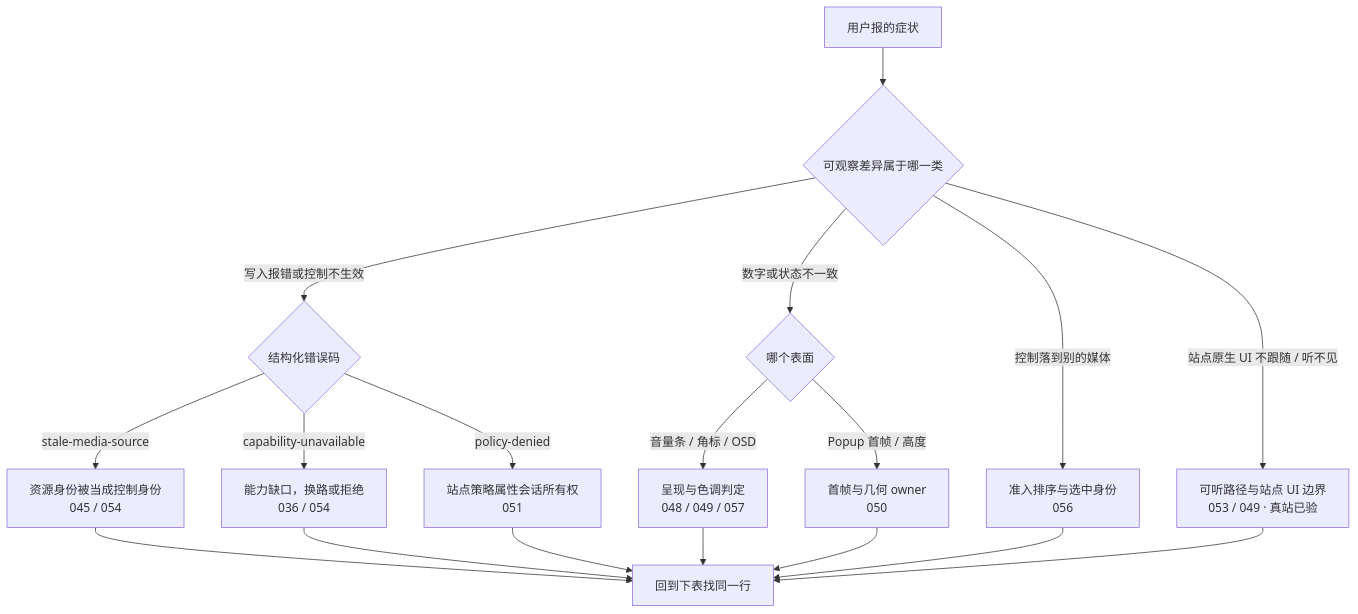
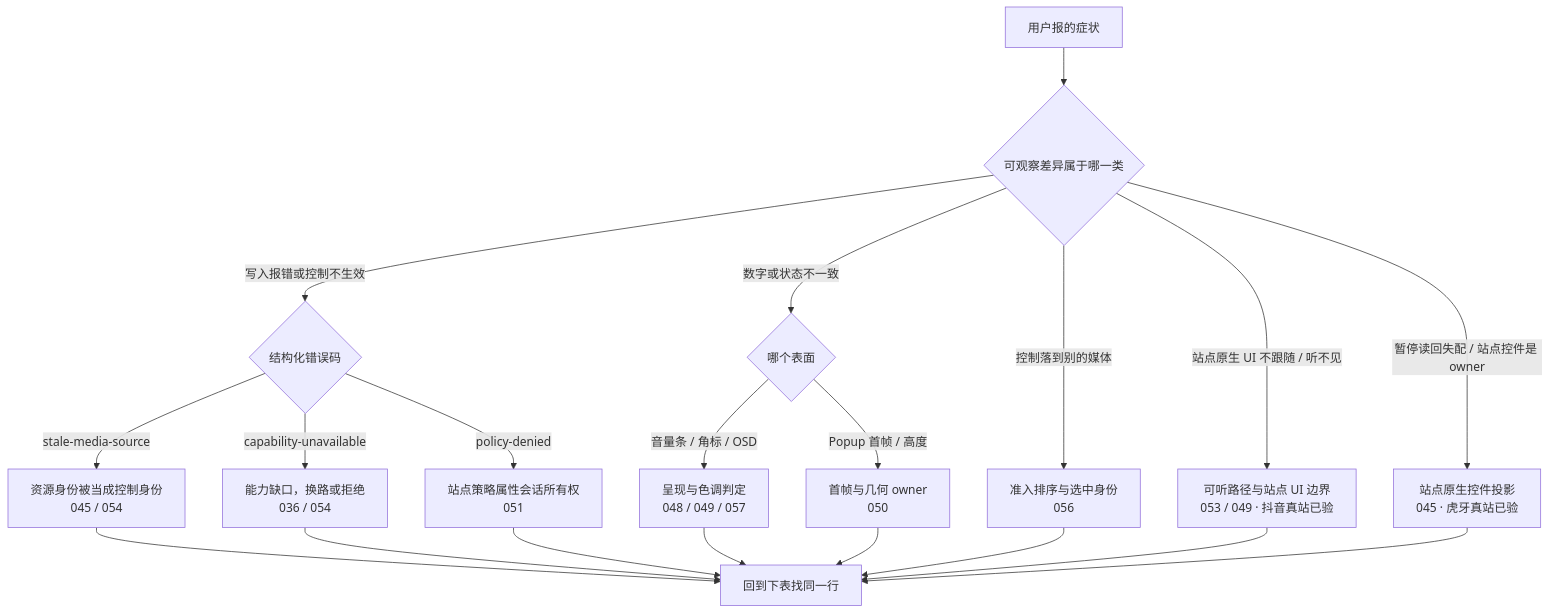
One commit to QzCrane/nexus changed the diagram in nexus/apps/extension-spectra/docs/control/09-failure-index.md. Above: the diagram before and after it, drawn with Mermaid. The commit also changed other lines of this file and 5 other files, not shown here.

````diff
--- a/nexus/apps/extension-spectra/docs/control/09-failure-index.md
+++ b/nexus/apps/extension-spectra/docs/control/09-failure-index.md
@@ -34,20 +34,22 @@
 ```mermaid
 flowchart TD
   Symptom["用户报的症状"] --> Kind{"可观察差异属于哪一类"}
   Kind -->|"写入报错或控制不生效"| Code{"结构化错误码"}
   Code -->|"stale-media-source"| A["资源身份被当成控制身份<br/>045 / 054"]
   Code -->|"capability-unavailable"| B["能力缺口，换路或拒绝<br/>036 / 054"]
   Code -->|"policy-denied"| C["站点策略属性会话所有权<br/>051"]
   Kind -->|"数字或状态不一致"| Surface{"哪个表面"}
   Surface -->|"音量条 / 角标 / OSD"| D["呈现与色调判定<br/>048 / 049 / 057"]
   Surface -->|"Popup 首帧 / 高度"| E["首帧与几何 owner<br/>050"]
   Kind -->|"控制落到别的媒体"| F["准入排序与选中身份<br/>056"]
-  Kind -->|"站点原生 UI 不跟随 / 听不见"| G["可听路径与站点 UI 边界<br/>053 / 049 · 真站已验"]
+  Kind -->|"站点原生 UI 不跟随 / 听不见"| G["可听路径与站点 UI 边界<br/>053 / 049 · 抖音真站已验"]
+  Kind -->|"暂停读回失配 / 站点控件是 owner"| H["站点原生控件投影<br/>045 · 虎牙真站已验"]
   A --> Row["回到下表找同一行"]
   B --> Row
   C --> Row
   D --> Row
   E --> Row
   F --> Row
   G --> Row
+  H --> Row
 ```
````
